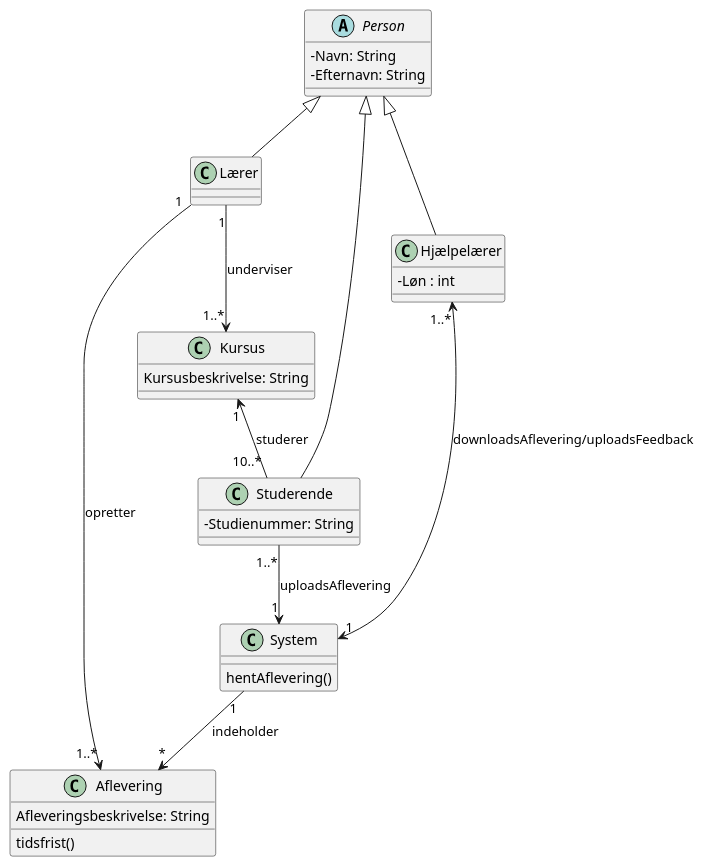
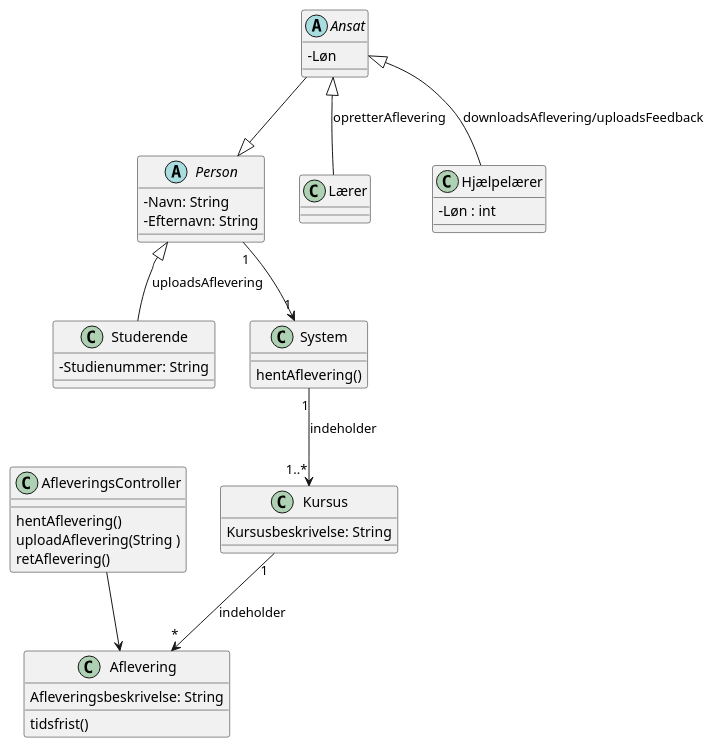
The diagram in src/Ugeopgave6.puml (SkumJustEatMe/Ugeopgaver), drawn with PlantUML before and after one commit. The commit also changed 1 other file, not shown here.

Commit message:
edits in DesignClassDiagram

```diff
--- a/src/Ugeopgave6.puml
+++ b/src/Ugeopgave6.puml
@@ -1,43 +1,52 @@
 @startuml
 skinparam classAttributeIconSize 0
 
 Abstract Person{
 - Navn: String
 - Efternavn: String
+}
 
+Class AfleveringsController{
+hentAflevering()
+uploadAflevering(String )
+retAflevering()
+}
+
+
+Abstract Ansat{
+-Løn
 }
 class Lærer{
 
 }
 class Hjælpelærer{
 - Løn : int
 }
 class Aflevering{
 Afleveringsbeskrivelse: String
 tidsfrist()
 }
 class Studerende{
 - Studienummer: String
 }
 class Kursus{
 Kursusbeskrivelse: String
 
 }
 class System{
 
 hentAflevering()
 
 }
-Person <|-- Studerende
-Person <|-- Lærer
-Person <|-- Hjælpelærer
-Hjælpelærer "1..*" <--> "1" System :downloadsAflevering/uploadsFeedback
-Studerende "1..*" --> "1" System :uploadsAflevering
-System"1" --> "*"Aflevering :indeholder
-Lærer"1" --> "1..*"Kursus : underviser
-Kursus"1" <-- "10..*"Studerende :studerer
-Lærer"1" --> "1..*"Aflevering : opretter
+Person <|-- Studerende : uploadsAflevering
+Ansat <|-- Lærer : opretterAflevering
+Ansat <|-- Hjælpelærer :downloadsAflevering/uploadsFeedback
+Ansat --|> Person
+Kursus"1" --> "*"Aflevering :indeholder
+System"1" --> "1..*"Kursus: indeholder
+Person "1" --> "1" System
+AfleveringsController --> Aflevering
 
 
 
 @enduml
```
